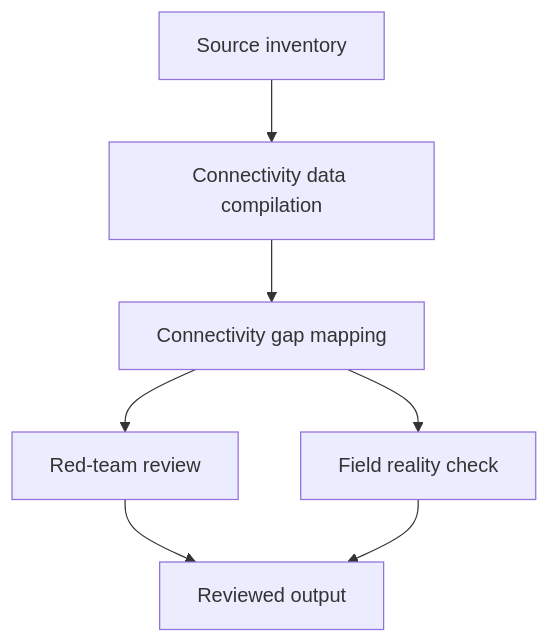
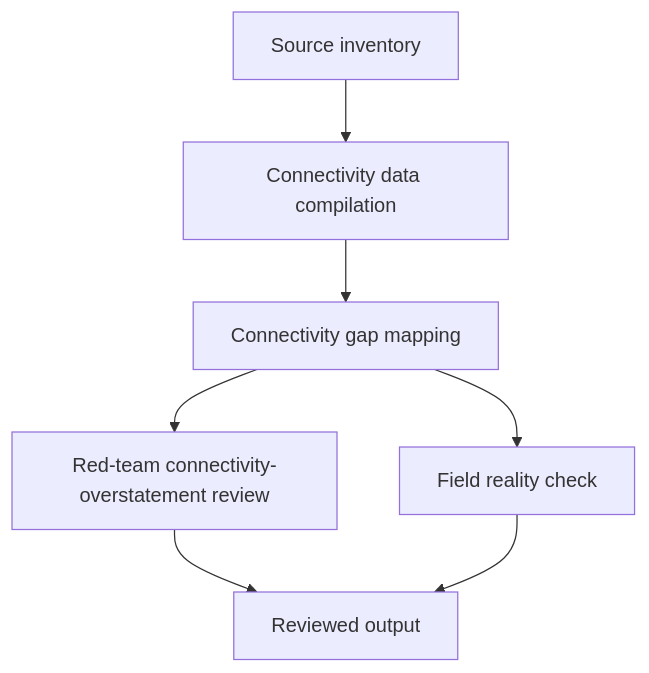
Before and after one commit to Open-Problem-Lab/open-problem-lab: the diagram in problem-packs/education/digital-divide-school-access-global/task-map.md, drawn with Mermaid. The commit also changed other lines of this file and 9 other files, not shown here.

````diff
--- a/problem-packs/education/digital-divide-school-access-global/task-map.md
+++ b/problem-packs/education/digital-divide-school-access-global/task-map.md
@@ -9,9 +9,9 @@
 ```mermaid
 flowchart TD
   A["Source inventory"] --> B["Connectivity data compilation"]
   B --> C["Connectivity gap mapping"]
-  C --> D["Red-team review"]
+  C --> D["Red-team connectivity-overstatement review"]
   C --> E["Field reality check"]
   D --> F["Reviewed output"]
   E --> F
 ```
````
